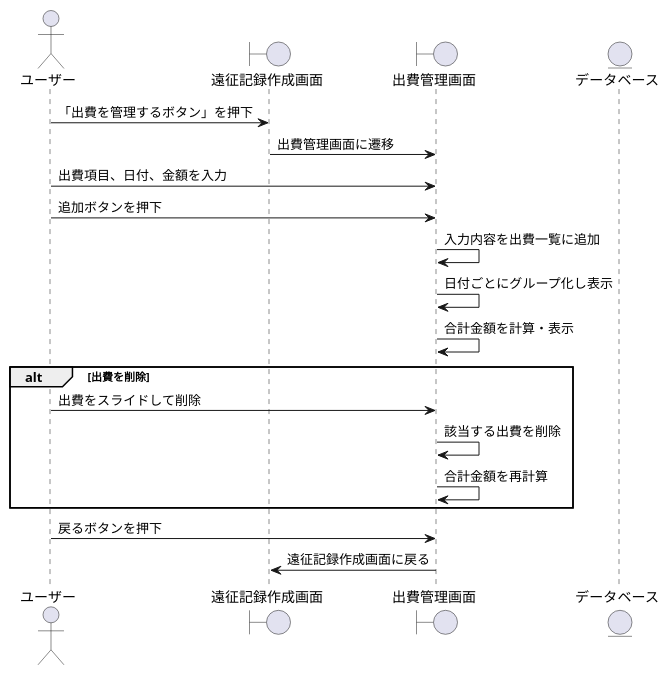
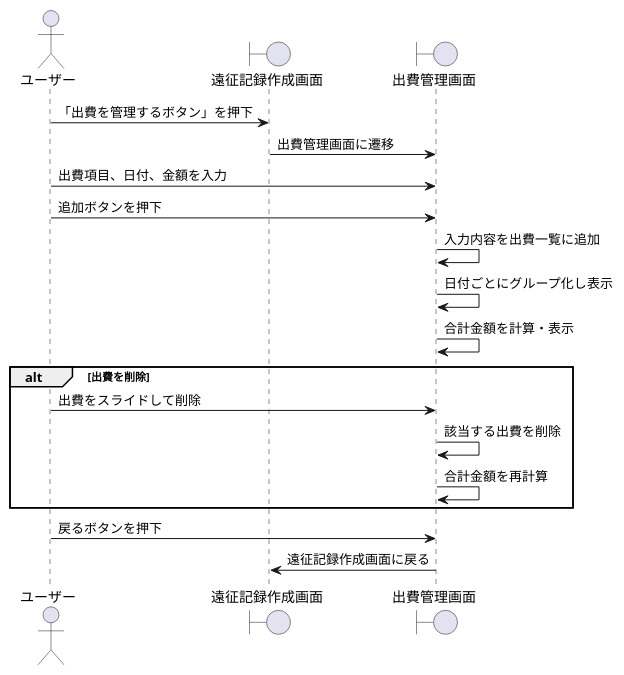
One commit to shoken3207/sotsuken changed the diagram in シーケンス図/遠征記録/出費.pu. Above: the diagram before and after it, drawn with PlantUML. The commit also changed 7 other files, not shown here.

```diff
--- a/シーケンス図/遠征記録/出費.pu
+++ b/シーケンス図/遠征記録/出費.pu
@@ -1,25 +1,24 @@
 @startuml
 actor ユーザー as User
 boundary "遠征記録作成画面" as RecordCreation
 boundary "出費管理画面" as ExpenseManagement
-entity "データベース" as DB
 
 User -> RecordCreation: 「出費を管理するボタン」を押下
 RecordCreation -> ExpenseManagement: 出費管理画面に遷移
 
 User -> ExpenseManagement: 出費項目、日付、金額を入力
 User -> ExpenseManagement: 追加ボタンを押下
 ExpenseManagement -> ExpenseManagement: 入力内容を出費一覧に追加
 ExpenseManagement -> ExpenseManagement: 日付ごとにグループ化し表示
 ExpenseManagement -> ExpenseManagement: 合計金額を計算・表示
 
 alt 出費を削除
     User -> ExpenseManagement: 出費をスライドして削除
     ExpenseManagement -> ExpenseManagement: 該当する出費を削除
     ExpenseManagement -> ExpenseManagement: 合計金額を再計算
 end
 
 User -> ExpenseManagement: 戻るボタンを押下
 ExpenseManagement -> RecordCreation: 遠征記録作成画面に戻る
 
 @enduml
```
